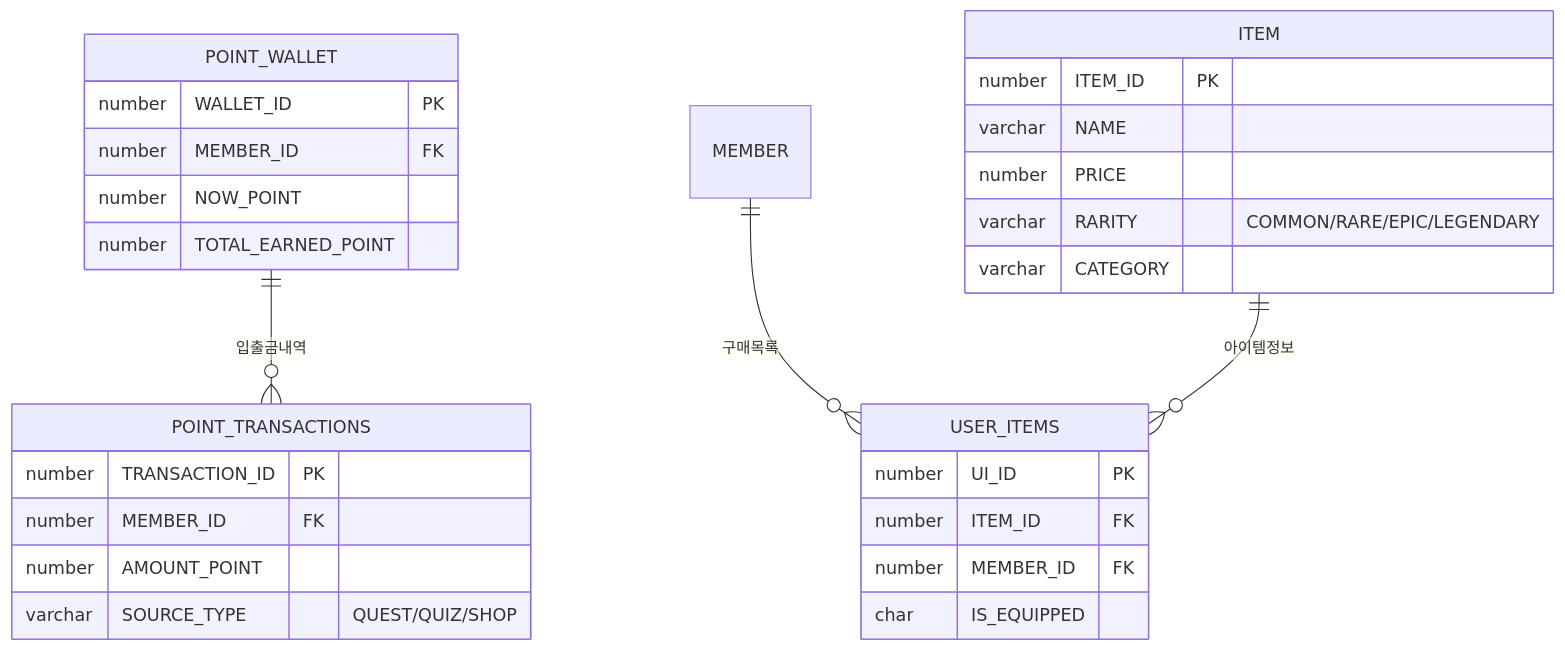
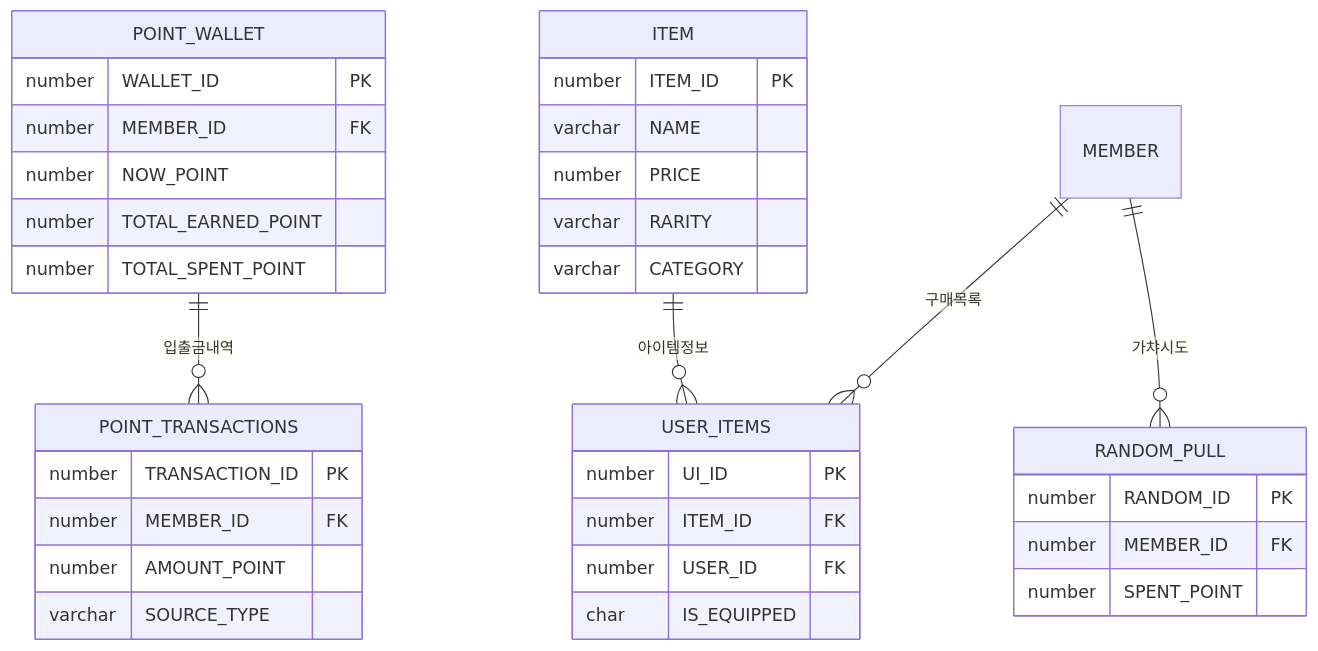
The fifth of 7 diagrams in erd.md (KJH-Portfolio/202602-Environmenta-Organization), drawn with Mermaid before and after one commit. The commit also changed other lines of this file, not shown here.

````diff
--- a/erd.md
+++ b/erd.md
@@ -333,31 +568,38 @@
 ```mermaid
 erDiagram
     POINT_WALLET {
         number WALLET_ID PK
         number MEMBER_ID FK
         number NOW_POINT
         number TOTAL_EARNED_POINT
+        number TOTAL_SPENT_POINT
     }
     POINT_TRANSACTIONS {
         number TRANSACTION_ID PK
         number MEMBER_ID FK
         number AMOUNT_POINT
-        varchar SOURCE_TYPE "QUEST/QUIZ/SHOP"
+        varchar SOURCE_TYPE
     }
     ITEM {
         number ITEM_ID PK
         varchar NAME
         number PRICE
-        varchar RARITY "COMMON/RARE/EPIC/LEGENDARY"
+        varchar RARITY
         varchar CATEGORY
     }
     USER_ITEMS {
         number UI_ID PK
         number ITEM_ID FK
+        number USER_ID FK
+        char IS_EQUIPPED
+    }
+    RANDOM_PULL {
+        number RANDOM_ID PK
         number MEMBER_ID FK
-        char IS_EQUIPPED
+        number SPENT_POINT
     }
     POINT_WALLET ||--o{ POINT_TRANSACTIONS : "입출금내역"
     MEMBER ||--o{ USER_ITEMS : "구매목록"
     ITEM ||--o{ USER_ITEMS : "아이템정보"
+    MEMBER ||--o{ RANDOM_PULL : "가챠시도"
 ```
````
